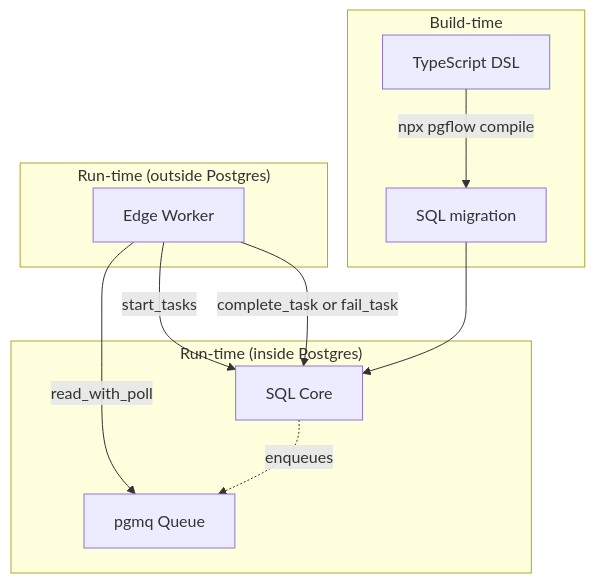
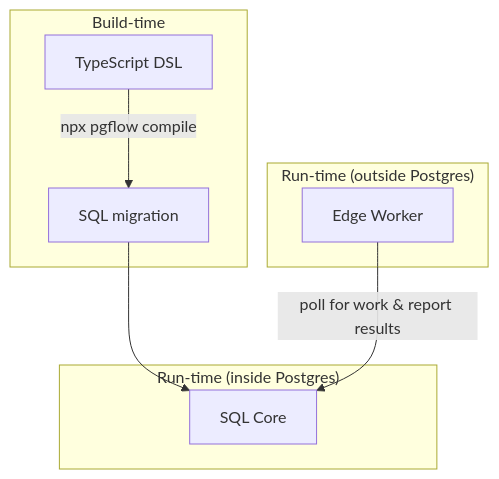
One commit to pgflow-dev/pgflow changed the diagram in pkgs/website/src/assets/architecture-diagrams/three-layers.mermaid. Above: the diagram before and after it, drawn with Mermaid. The commit also changed 4 other files, not shown here.

First line of the commit message:
chore: add new SVG diagrams for task execution and three-layer architecture

```diff
--- a/pkgs/website/src/assets/architecture-diagrams/three-layers.mermaid
+++ b/pkgs/website/src/assets/architecture-diagrams/three-layers.mermaid
@@ -1,17 +1,13 @@
 graph TD
     subgraph "Build-time"
       DSL[TypeScript DSL]
       DSL -->|npx pgflow compile| SQL[SQL migration]
     end
+    subgraph "Run-time (inside Postgres)"
+      CORE["SQL Core"]
+    end
     subgraph "Run-time (outside Postgres)"
       WORKER["Edge Worker"]
     end
-    subgraph "Run-time (inside Postgres)"
-      QUEUE["pgmq Queue"]
-      CORE["SQL Core"]
-    end
     SQL --> CORE
-    WORKER -->|read_with_poll| QUEUE
-    WORKER -->|start_tasks| CORE
-    WORKER -->|complete_task or fail_task| CORE
-    CORE -.->|enqueues| QUEUE
+    WORKER -->|poll for work & report results| CORE
```
